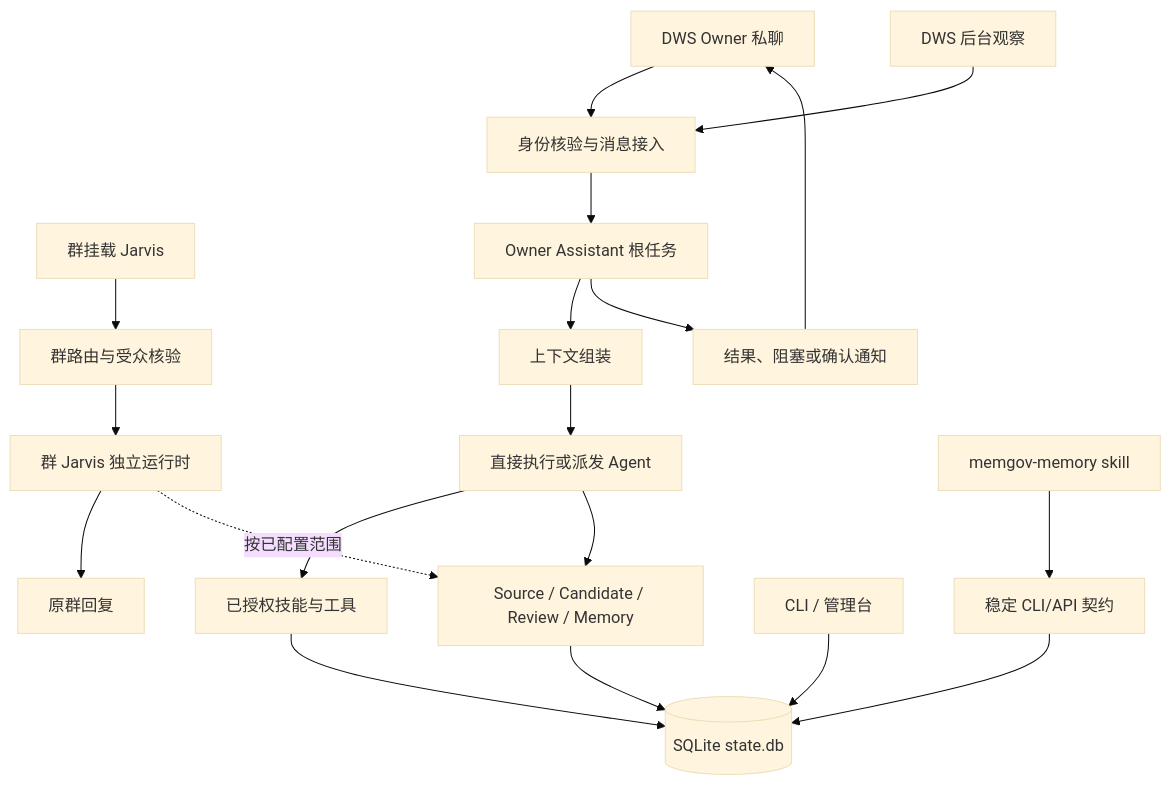
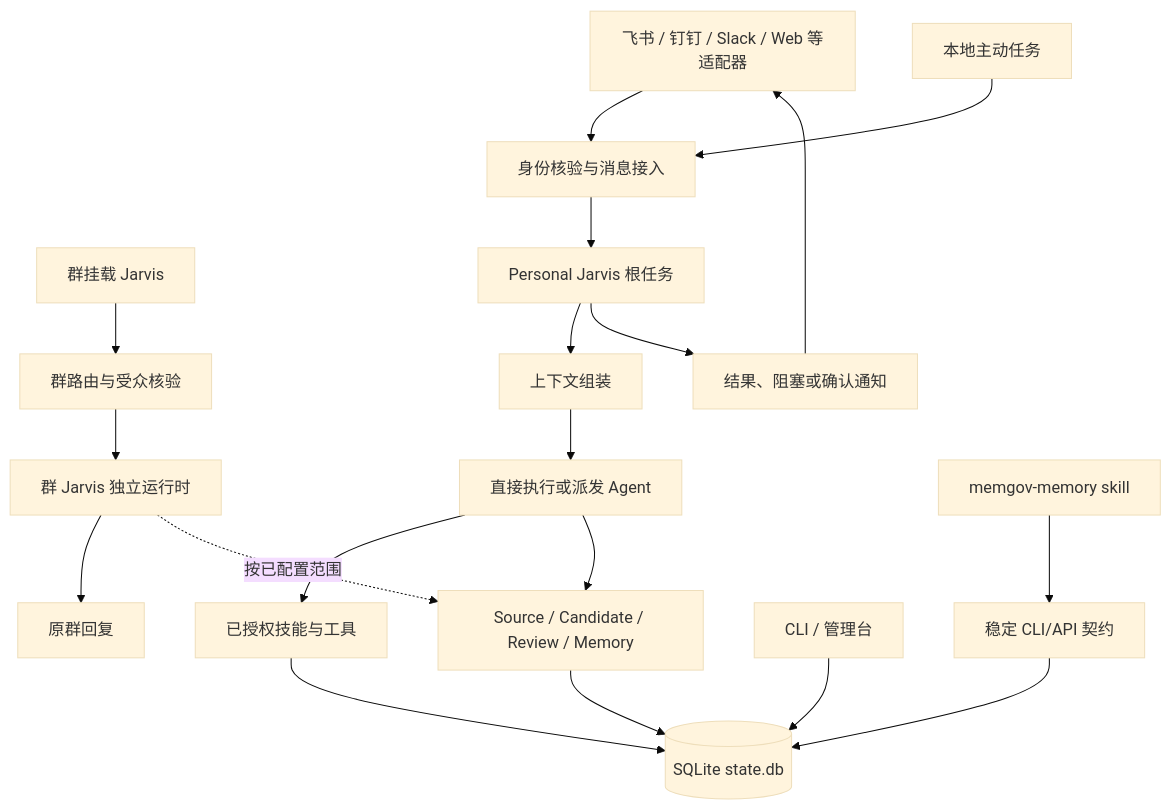
One commit to zhoushoujianwork/memgov changed the diagram in docs/architecture/architecture.md. Above: the diagram before and after it, drawn with Mermaid (base theme). The commit also changed other lines of this file and 9 other files, not shown here.

Commit message:
docs: establish platform-neutral personal Jarvis positioning

````diff
--- a/docs/architecture/architecture.md
+++ b/docs/architecture/architecture.md
@@ -16,21 +17,21 @@
 ```mermaid
 flowchart TD
-  Owner[ DWS Owner 私聊 ] --> Intake[身份核验与消息接入]
-  DWS[DWS 后台观察] --> Intake
+  Platform[飞书 / 钉钉 / Slack / Web 等适配器] --> Intake[身份核验与消息接入]
+  Local[本地主动任务] --> Intake
   Group[群挂载 Jarvis] --> GroupIntake[群路由与受众核验]
-  Intake --> Root[Owner Assistant 根任务]
+  Intake --> Root[Personal Jarvis 根任务]
   Root --> Context[上下文组装]
   Context --> Dispatch[直接执行或派发 Agent]
   Dispatch --> Tools[已授权技能与工具]
   Dispatch --> Evidence[Source / Candidate / Review / Memory]
   Evidence --> DB[(SQLite state.db)]
   Tools --> DB
   Root --> Notify[结果、阻塞或确认通知]
-  Notify --> Owner
+  Notify --> Platform
   GroupIntake --> GroupRuntime[群 Jarvis 独立运行时]
   GroupRuntime --> GroupReply[原群回复]
   GroupRuntime -.按已配置范围.-> Evidence
   CLI[CLI / 管理台] --> DB
   Skill[memgov-memory skill] --> Contract[稳定 CLI/API 契约]
   Contract --> DB
 ```
````
